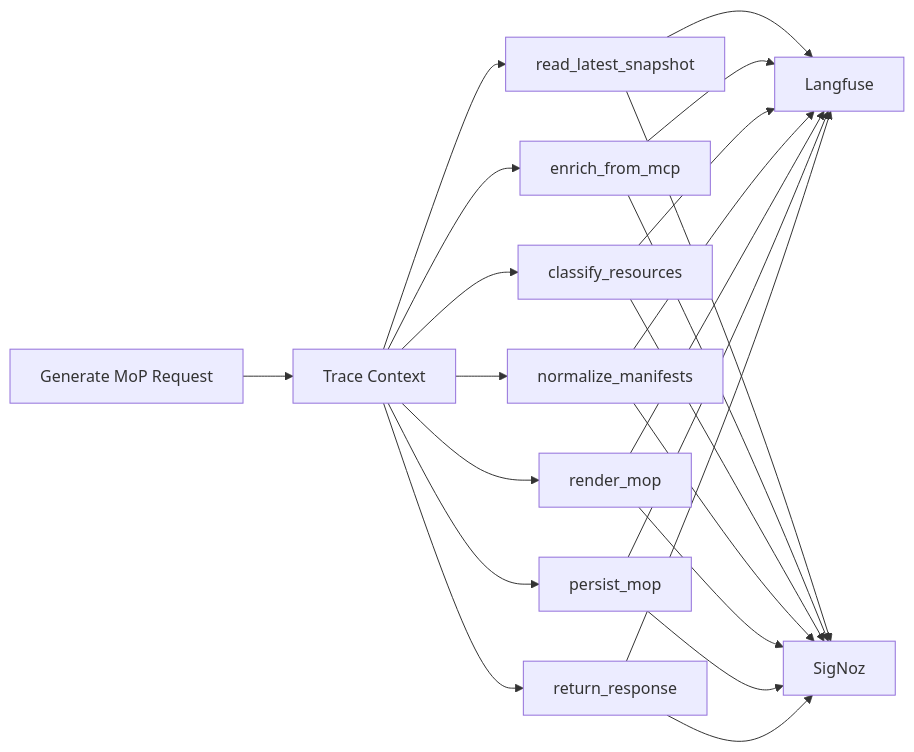
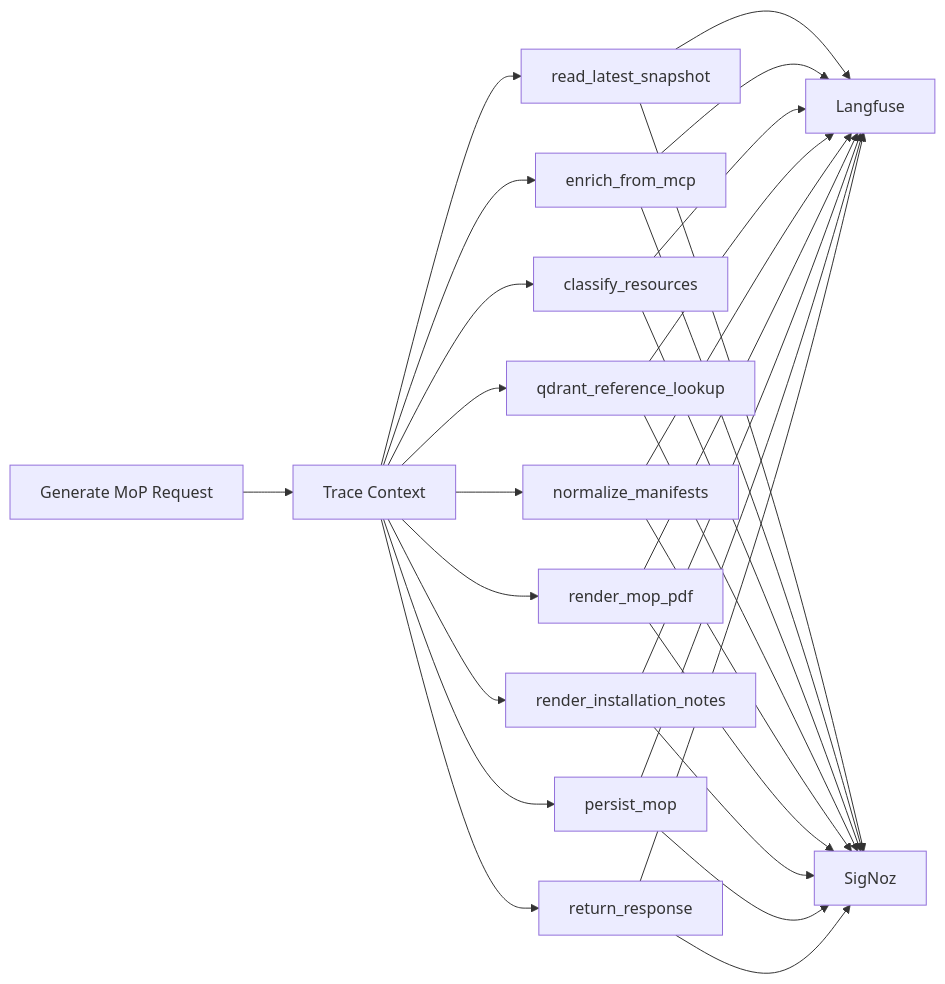
Before and after one commit to aveeshek/bosgenesis-mop-creation-agent: the fifth of 5 diagrams in docs/02_HLD_MOP_CREATION_AGENT.md, drawn with Mermaid. The commit also changed other lines of this file and 62 other files, not shown here.

````diff
--- a/docs/02_HLD_MOP_CREATION_AGENT.md
+++ b/docs/02_HLD_MOP_CREATION_AGENT.md
@@ -195,27 +204,33 @@
 ```mermaid
 flowchart LR
     Request["Generate MoP Request"] --> Trace["Trace Context"]
     Trace --> S1["read_latest_snapshot"]
     Trace --> S2["enrich_from_mcp"]
     Trace --> S3["classify_resources"]
+    Trace --> S3b["qdrant_reference_lookup"]
     Trace --> S4["normalize_manifests"]
-    Trace --> S5["render_mop"]
+    Trace --> S5["render_mop_pdf"]
+    Trace --> S5b["render_installation_notes"]
     Trace --> S6["persist_mop"]
     Trace --> S7["return_response"]
 
     S1 --> LF["Langfuse"]
     S2 --> LF
     S3 --> LF
+    S3b --> LF
     S4 --> LF
     S5 --> LF
+    S5b --> LF
     S6 --> LF
     S7 --> LF
 
     S1 --> SZ["SigNoz"]
     S2 --> SZ
     S3 --> SZ
+    S3b --> SZ
     S4 --> SZ
     S5 --> SZ
+    S5b --> SZ
     S6 --> SZ
     S7 --> SZ
 ```
````
